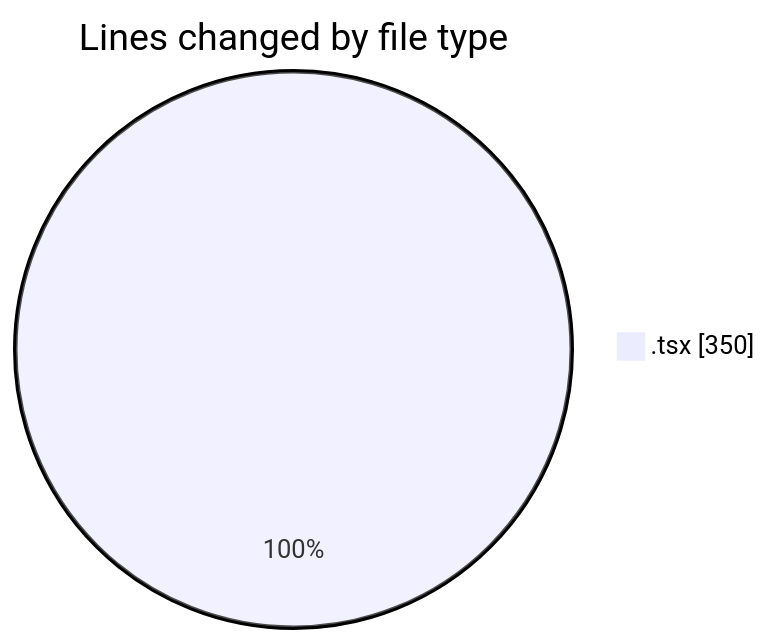
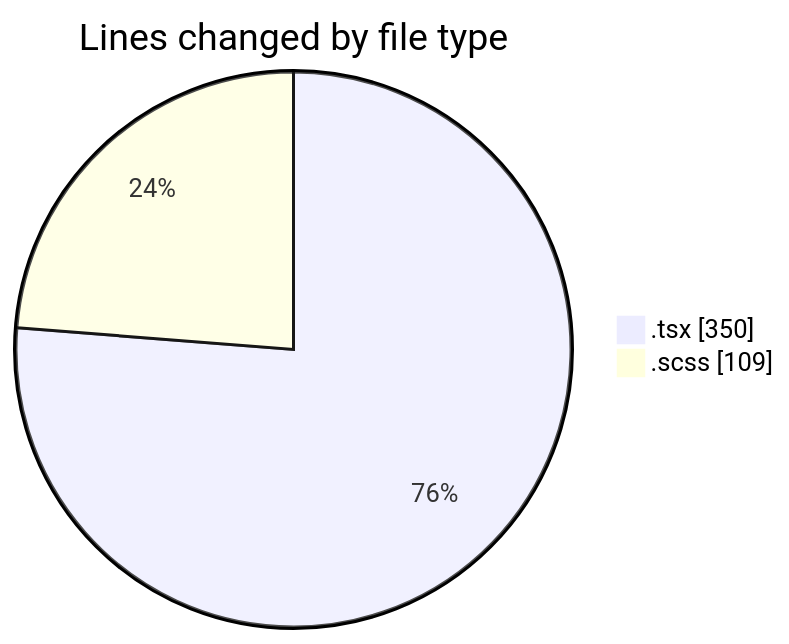
One commit to momahboobian/code-tracking changed the first of 2 diagrams in 2026-07-15/cda/README.md. Above: the diagram before and after it, drawn with Mermaid. The commit also changed other lines of this file and 1 other file, not shown here.

````diff
--- a/2026-07-15/cda/README.md
+++ b/2026-07-15/cda/README.md
@@ -20,5 +21,6 @@
 ```mermaid
 pie showData
 title Lines changed by file type
 ".tsx" : 350
+".scss" : 109
 ```
````
